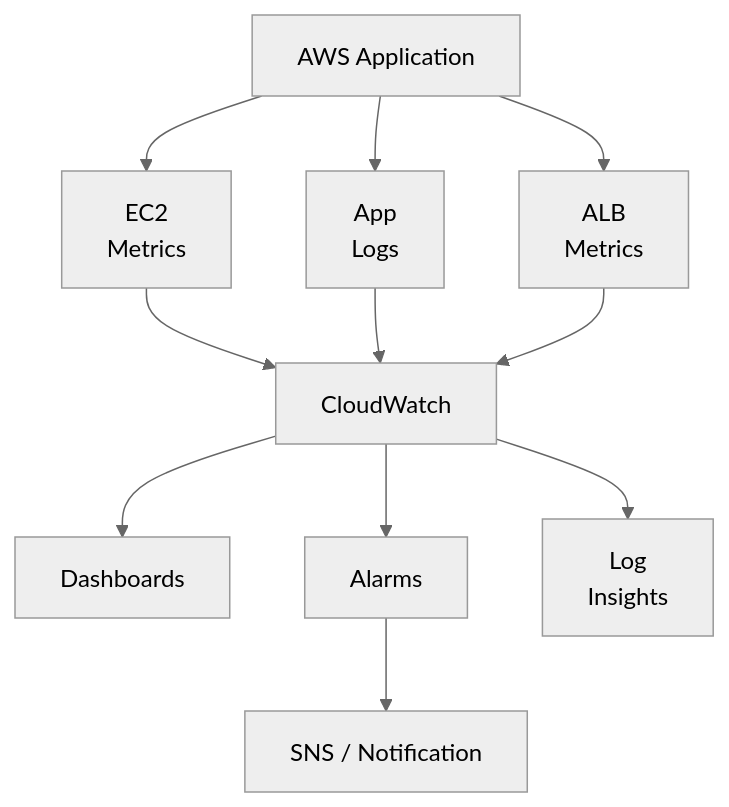
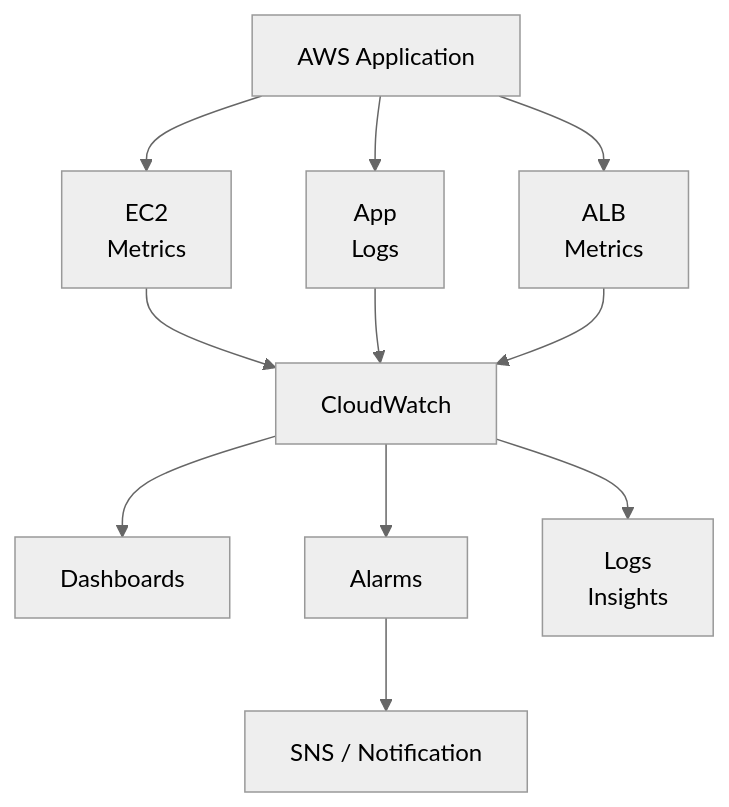
One commit to gitussr/systemly changed the first of 12 diagrams in content/12-cloud-engineering/12.16-cloud-monitoring-logs-alerting-cloudwatch.md. Above: the diagram before and after it, drawn with Mermaid (neutral theme). The commit also changed 4 other files, not shown here.

First line of the commit message:
Trim repeats in chapters 12.17-12.20, fix Logs Insights label in 12.16

````diff
--- a/content/12-cloud-engineering/12.16-cloud-monitoring-logs-alerting-cloudwatch.md
+++ b/content/12-cloud-engineering/12.16-cloud-monitoring-logs-alerting-cloudwatch.md
@@ -63,9 +63,9 @@
 ```mermaid
 flowchart TD
   accTitle: CloudWatch in an AWS application
-  accDescr: The AWS application produces EC2 metrics, app logs and ALB metrics. They flow into CloudWatch, which feeds dashboards, alarms and Log Insights. Alarms lead to SNS or a notification.
+  accDescr: The AWS application produces EC2 metrics, app logs and ALB metrics. They flow into CloudWatch, which feeds dashboards, alarms and Logs Insights. Alarms lead to SNS or a notification.
   A["AWS Application"] --> M["EC2<br/>Metrics"] & L["App<br/>Logs"] & B["ALB<br/>Metrics"]
   M & L & B --> C["CloudWatch"]
-  C --> D["Dashboards"] & R["Alarms"] & I["Log<br/>Insights"]
+  C --> D["Dashboards"] & R["Alarms"] & I["Logs<br/>Insights"]
   R --> S["SNS / Notification"]
 ```
````
